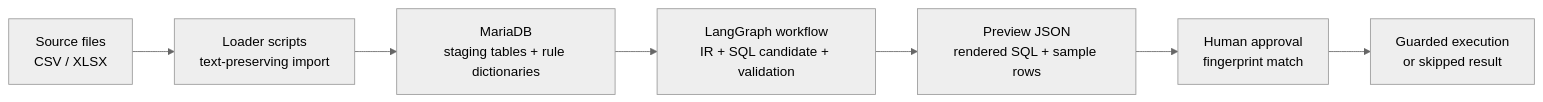
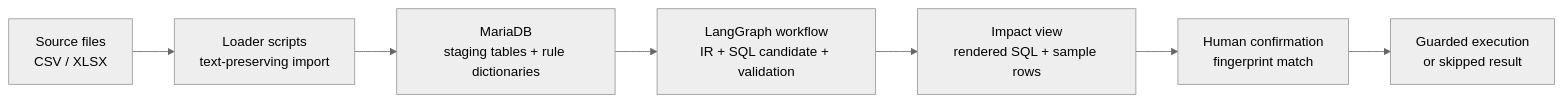
The first of 12 diagrams in docs/public/project_structure_and_prompt_design_ko.md (HRDI0/TextToSQL_by_localLLM), drawn with Mermaid (neutral theme) before and after one commit. The commit also changed other lines of this file and 25 other files, not shown here.

````diff
--- a/docs/public/project_structure_and_prompt_design_ko.md
+++ b/docs/public/project_structure_and_prompt_design_ko.md
@@ -11,12 +11,12 @@
 ```mermaid
 flowchart LR
     Source["Source files\nCSV / XLSX"]
     Loader["Loader scripts\ntext-preserving import"]
     DB["MariaDB\nstaging tables + rule dictionaries"]
     Graph["LangGraph workflow\nIR + SQL candidate + validation"]
-    Preview["Preview JSON\nrendered SQL + sample rows"]
-    Approval["Human approval\nfingerprint match"]
+    Preview["Impact view\nrendered SQL + sample rows"]
+    Approval["Human confirmation\nfingerprint match"]
     Exec["Guarded execution\nor skipped result"]
 
     Source --> Loader --> DB --> Graph --> Preview --> Approval --> Exec
 ```
````
